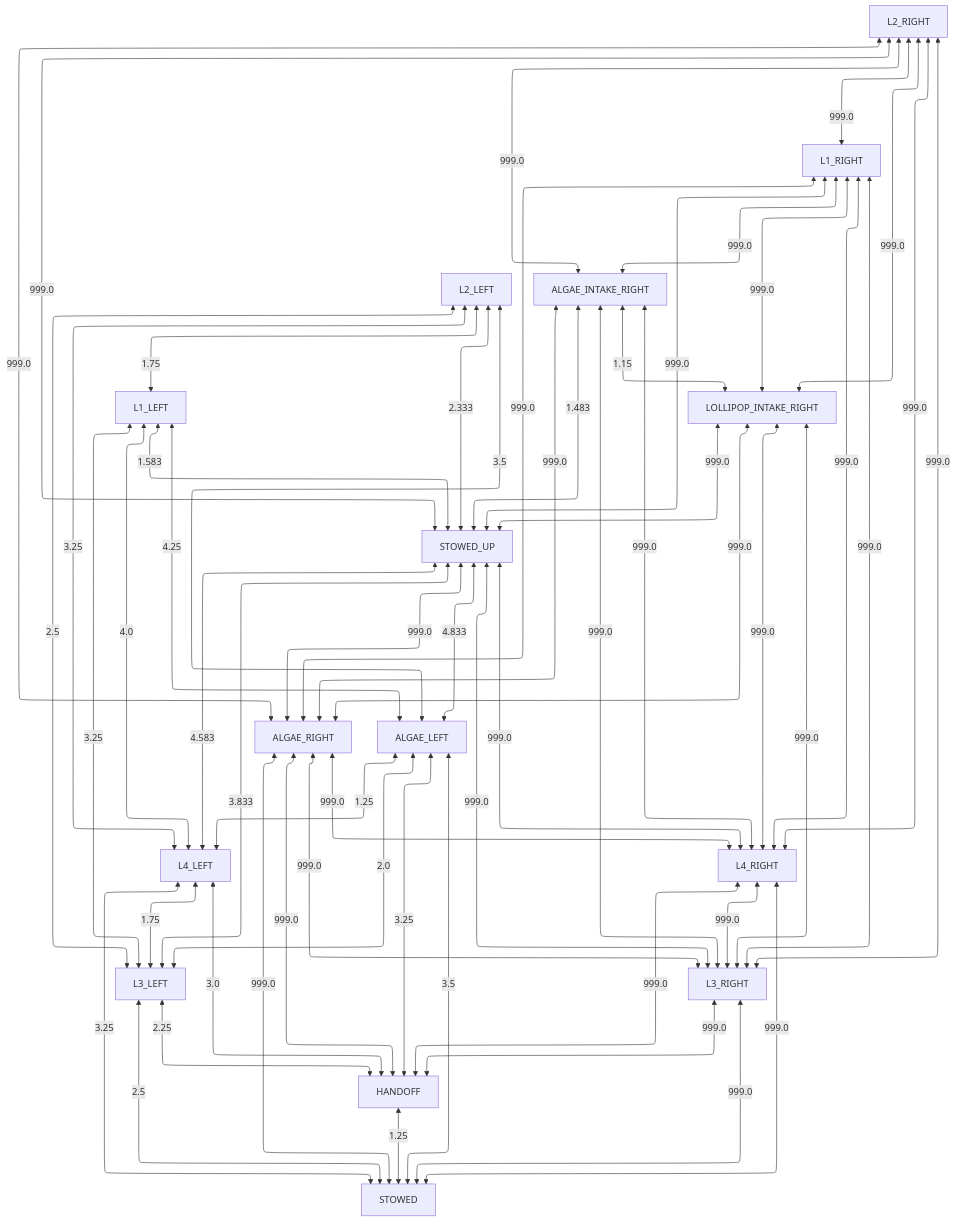
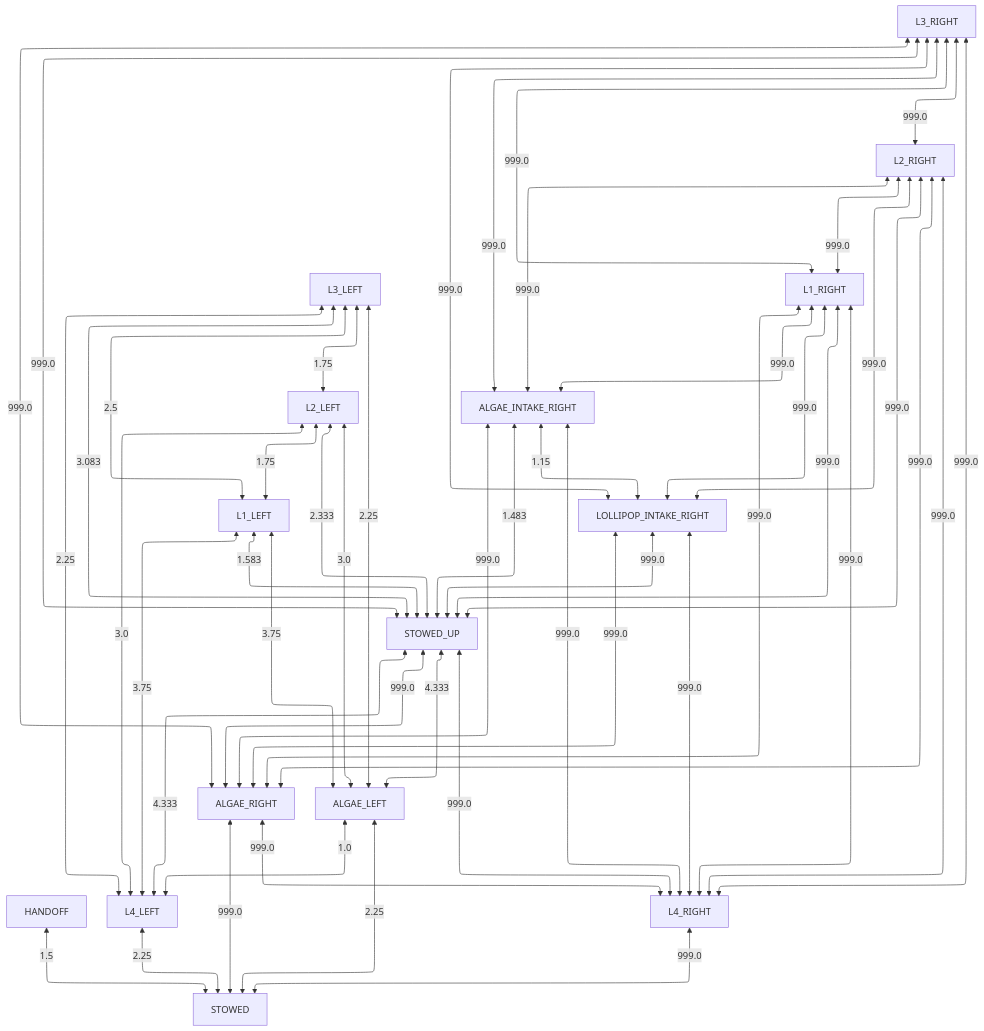
Before and after one commit to team581/offseason-2025-comp: the diagram in docs/collision_avoidance/right_obstructed.md, drawn with Mermaid. The commit also changed 2 other files, not shown here.

Commit message:
update collision graphs

````diff
--- a/docs/collision_avoidance/right_obstructed.md
+++ b/docs/collision_avoidance/right_obstructed.md
@@ -3,61 +3,53 @@
 ```mermaid
 %%{ init: { "flowchart": { "defaultRenderer": "elk" } } }%%
 graph TD
 
-HANDOFF <-- 1.25 --> STOWED
-L3_LEFT <-- 2.5 --> STOWED
-L3_RIGHT <-- 999.0 --> STOWED
-L4_LEFT <-- 3.25 --> STOWED
+HANDOFF <-- 1.5 --> STOWED
+L4_LEFT <-- 2.25 --> STOWED
 L4_RIGHT <-- 999.0 --> STOWED
 ALGAE_RIGHT <-- 999.0 --> STOWED
-ALGAE_LEFT <-- 3.5 --> STOWED
-L3_LEFT <-- 2.25 --> HANDOFF
-L3_RIGHT <-- 999.0 --> HANDOFF
-L4_LEFT <-- 3.0 --> HANDOFF
-L4_RIGHT <-- 999.0 --> HANDOFF
-ALGAE_LEFT <-- 3.25 --> HANDOFF
-ALGAE_RIGHT <-- 999.0 --> HANDOFF
-STOWED_UP <-- 3.833 --> L3_LEFT
-L1_LEFT <-- 3.25 --> L3_LEFT
-L2_LEFT <-- 2.5 --> L3_LEFT
-L4_LEFT <-- 1.75 --> L3_LEFT
-ALGAE_LEFT <-- 2.0 --> L3_LEFT
-STOWED_UP <-- 999.0 --> L3_RIGHT
-ALGAE_INTAKE_RIGHT <-- 999.0 --> L3_RIGHT
-LOLLIPOP_INTAKE_RIGHT <-- 999.0 --> L3_RIGHT
-L1_RIGHT <-- 999.0 --> L3_RIGHT
-L2_RIGHT <-- 999.0 --> L3_RIGHT
-L4_RIGHT <-- 999.0 --> L3_RIGHT
-ALGAE_RIGHT <-- 999.0 --> L3_RIGHT
-STOWED_UP <-- 4.583 --> L4_LEFT
-L1_LEFT <-- 4.0 --> L4_LEFT
-L2_LEFT <-- 3.25 --> L4_LEFT
-ALGAE_LEFT <-- 1.25 --> L4_LEFT
+ALGAE_LEFT <-- 2.25 --> STOWED
+STOWED_UP <-- 4.333 --> L4_LEFT
+L1_LEFT <-- 3.75 --> L4_LEFT
+L2_LEFT <-- 3.0 --> L4_LEFT
+L3_LEFT <-- 2.25 --> L4_LEFT
+ALGAE_LEFT <-- 1.0 --> L4_LEFT
 STOWED_UP <-- 999.0 --> L4_RIGHT
 ALGAE_INTAKE_RIGHT <-- 999.0 --> L4_RIGHT
 LOLLIPOP_INTAKE_RIGHT <-- 999.0 --> L4_RIGHT
 L1_RIGHT <-- 999.0 --> L4_RIGHT
 L2_RIGHT <-- 999.0 --> L4_RIGHT
+L3_RIGHT <-- 999.0 --> L4_RIGHT
 ALGAE_RIGHT <-- 999.0 --> L4_RIGHT
 STOWED_UP <-- 999.0 --> ALGAE_RIGHT
 ALGAE_INTAKE_RIGHT <-- 999.0 --> ALGAE_RIGHT
 LOLLIPOP_INTAKE_RIGHT <-- 999.0 --> ALGAE_RIGHT
 L1_RIGHT <-- 999.0 --> ALGAE_RIGHT
 L2_RIGHT <-- 999.0 --> ALGAE_RIGHT
-STOWED_UP <-- 4.833 --> ALGAE_LEFT
-L1_LEFT <-- 4.25 --> ALGAE_LEFT
-L2_LEFT <-- 3.5 --> ALGAE_LEFT
+L3_RIGHT <-- 999.0 --> ALGAE_RIGHT
+STOWED_UP <-- 4.333 --> ALGAE_LEFT
+L1_LEFT <-- 3.75 --> ALGAE_LEFT
+L2_LEFT <-- 3.0 --> ALGAE_LEFT
+L3_LEFT <-- 2.25 --> ALGAE_LEFT
 LOLLIPOP_INTAKE_RIGHT <-- 999.0 --> STOWED_UP
 ALGAE_INTAKE_RIGHT <-- 1.483 --> STOWED_UP
 L1_LEFT <-- 1.583 --> STOWED_UP
 L2_LEFT <-- 2.333 --> STOWED_UP
+L3_LEFT <-- 3.083 --> STOWED_UP
 L1_RIGHT <-- 999.0 --> STOWED_UP
 L2_RIGHT <-- 999.0 --> STOWED_UP
+L3_RIGHT <-- 999.0 --> STOWED_UP
 ALGAE_INTAKE_RIGHT <-- 1.15 --> LOLLIPOP_INTAKE_RIGHT
 L1_RIGHT <-- 999.0 --> LOLLIPOP_INTAKE_RIGHT
 L2_RIGHT <-- 999.0 --> LOLLIPOP_INTAKE_RIGHT
+L3_RIGHT <-- 999.0 --> LOLLIPOP_INTAKE_RIGHT
 L1_RIGHT <-- 999.0 --> ALGAE_INTAKE_RIGHT
 L2_RIGHT <-- 999.0 --> ALGAE_INTAKE_RIGHT
+L3_RIGHT <-- 999.0 --> ALGAE_INTAKE_RIGHT
 L2_LEFT <-- 1.75 --> L1_LEFT
+L3_LEFT <-- 2.5 --> L1_LEFT
+L3_LEFT <-- 1.75 --> L2_LEFT
 L2_RIGHT <-- 999.0 --> L1_RIGHT
+L3_RIGHT <-- 999.0 --> L1_RIGHT
+L3_RIGHT <-- 999.0 --> L2_RIGHT
 ```
````
